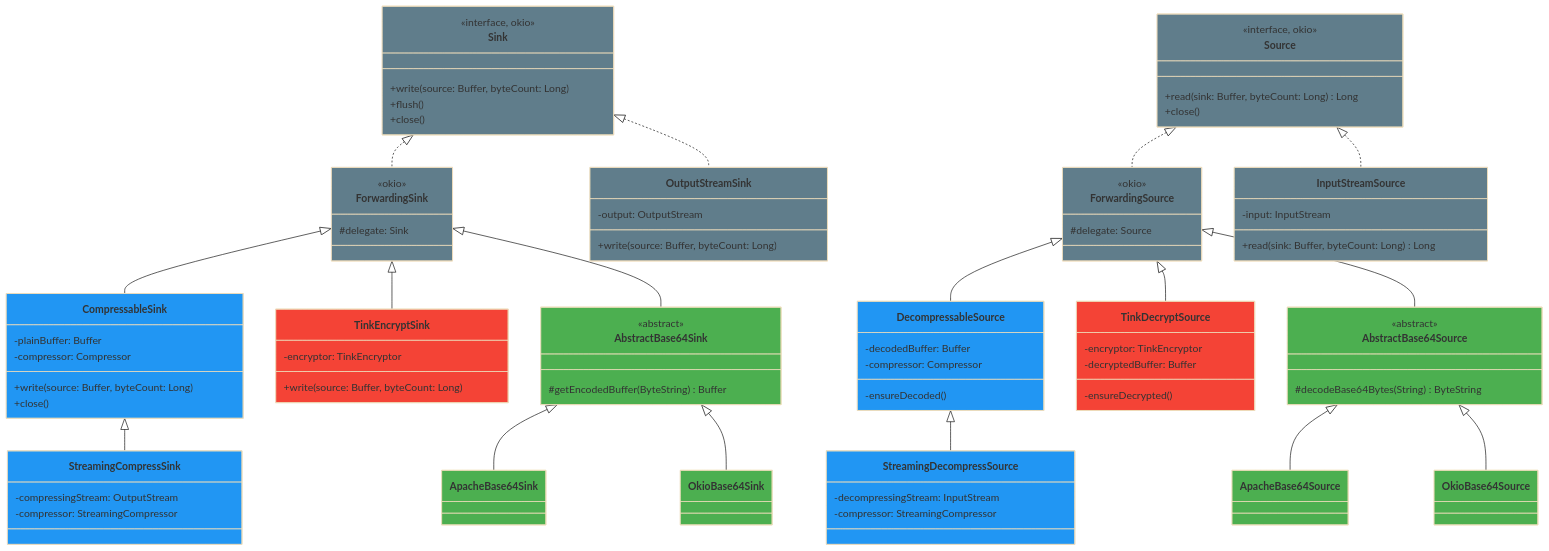
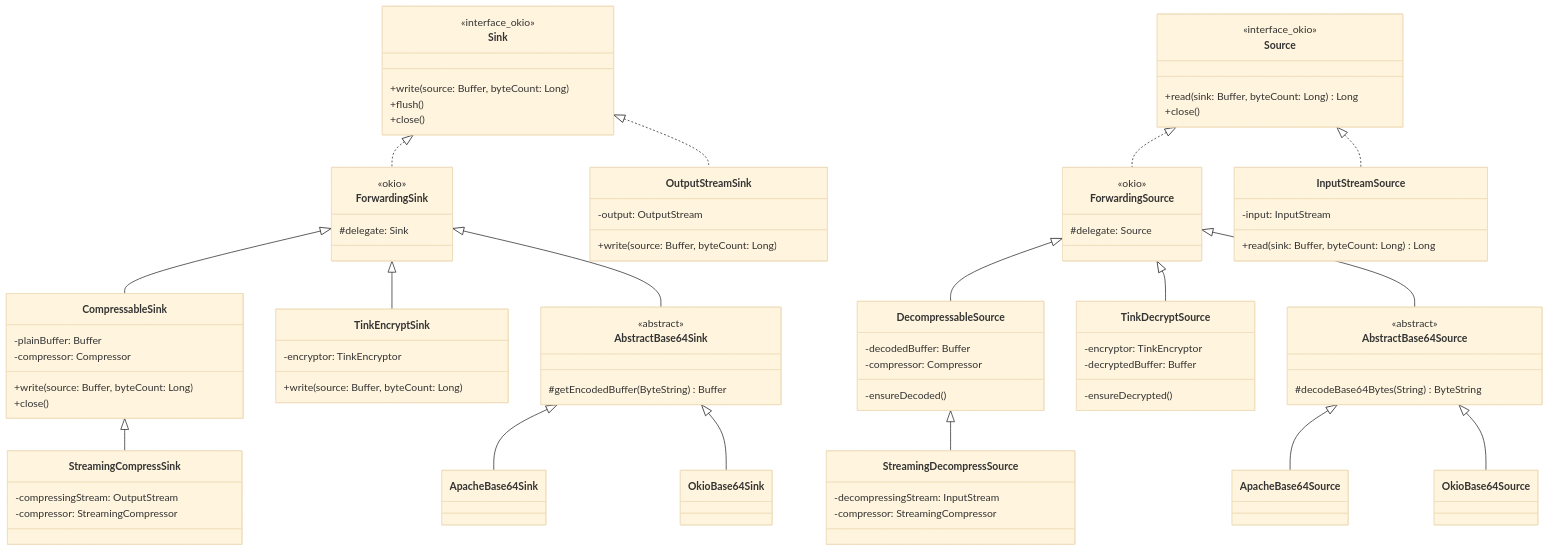
One commit to bluetape4k/bluetape4k-projects changed the first of 9 diagrams in io/okio/README.md. Above: the diagram before and after it, drawn with Mermaid (base theme). The commit also changed other lines of this file and 95 other files, not shown here.

First line of the commit message:
docs: Mermaid 파서 오류 전체 수정 (IntelliJ IDEA 호환)

````diff
--- a/io/okio/README.md
+++ b/io/okio/README.md
@@ -251,86 +251,82 @@
 ```mermaid
 classDiagram
-    class Sink:::ioStyle {
-        <<interface, okio>>
+    class Sink {
+        <<interface_okio>>
         +write(source: Buffer, byteCount: Long)
         +flush()
         +close()
     }
 
-    class Source:::ioStyle {
-        <<interface, okio>>
+    class Source {
+        <<interface_okio>>
         +read(sink: Buffer, byteCount: Long) Long
         +close()
     }
 
-    class ForwardingSink:::ioStyle {
+    class ForwardingSink {
         <<okio>>
         #delegate: Sink
     }
 
-    class ForwardingSource:::ioStyle {
+    class ForwardingSource {
         <<okio>>
         #delegate: Source
     }
 
-    class InputStreamSource:::ioStyle {
+    class InputStreamSource {
         -input: InputStream
         +read(sink: Buffer, byteCount: Long) Long
     }
 
-    class OutputStreamSink:::ioStyle {
+    class OutputStreamSink {
         -output: OutputStream
         +write(source: Buffer, byteCount: Long)
     }
 
-    class CompressableSink:::codecStyle {
+    class CompressableSink {
         -plainBuffer: Buffer
         -compressor: Compressor
         +write(source: Buffer, byteCount: Long)
         +close()
     }
 
-    class StreamingCompressSink:::codecStyle {
+    class StreamingCompressSink {
         -compressingStream: OutputStream
         -compressor: StreamingCompressor
     }
 
-    class DecompressableSource:::codecStyle {
+    class DecompressableSource {
         -decodedBuffer: Buffer
         -compressor: Compressor
         -ensureDecoded()
     }
 
-    class StreamingDecompressSource:::codecStyle {
+    class StreamingDecompressSource {
         -decompressingStream: InputStream
         -compressor: StreamingCompressor
     }
 
-    class TinkEncryptSink:::encryptStyle {
+    class TinkEncryptSink {
         -encryptor: TinkEncryptor
         +write(source: Buffer, byteCount: Long)
     }
 
-    class TinkDecryptSource:::encryptStyle {
+    class TinkDecryptSource {
         -encryptor: TinkEncryptor
         -decryptedBuffer: Buffer
         -ensureDecrypted()
     }
 
-    class AbstractBase64Sink:::extensionStyle {
+    class AbstractBase64Sink {
         <<abstract>>
         #getEncodedBuffer(ByteString) Buffer
     }
 
-    class AbstractBase64Source:::extensionStyle {
+    class AbstractBase64Source {
         <<abstract>>
         #decodeBase64Bytes(String) ByteString
     }
 
-    class ApacheBase64Sink:::extensionStyle
-    class OkioBase64Sink:::extensionStyle
-    class ApacheBase64Source:::extensionStyle
-    class OkioBase64Source:::extensionStyle
 
     Sink <|.. ForwardingSink
     Source <|.. ForwardingSource
@@ -352,9 +348,4 @@
     AbstractBase64Source <|-- ApacheBase64Source
     AbstractBase64Source <|-- OkioBase64Source
 
-    classDef ioStyle fill:#607D8B
-    classDef codecStyle fill:#2196F3
-    classDef encryptStyle fill:#F44336
-    classDef extensionStyle fill:#4CAF50
-    classDef serializerStyle fill:#FF9800
 ```
````
